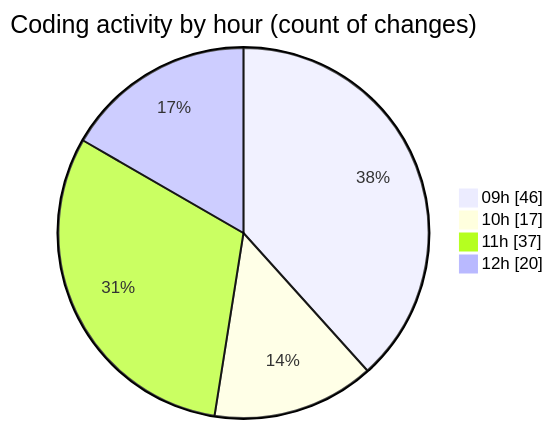
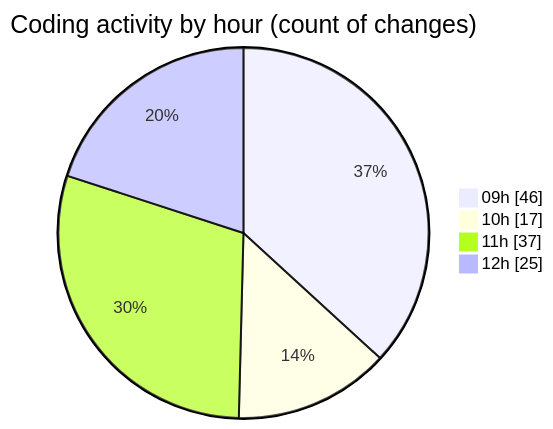
One commit to momahboobian/code-tracking changed the second of 2 diagrams in 2025-03-25/cda/README.md. Above: the diagram before and after it, drawn with Mermaid. The commit also changed other lines of this file and 1 other file, not shown here.

````diff
--- a/2025-03-25/cda/README.md
+++ b/2025-03-25/cda/README.md
@@ -50,8 +50,8 @@
 ```mermaid
 pie showData
 title Coding activity by hour (count of changes)
 "09h" : 46
 "10h" : 17
 "11h" : 37
-"12h" : 20
+"12h" : 25
 ```
````
